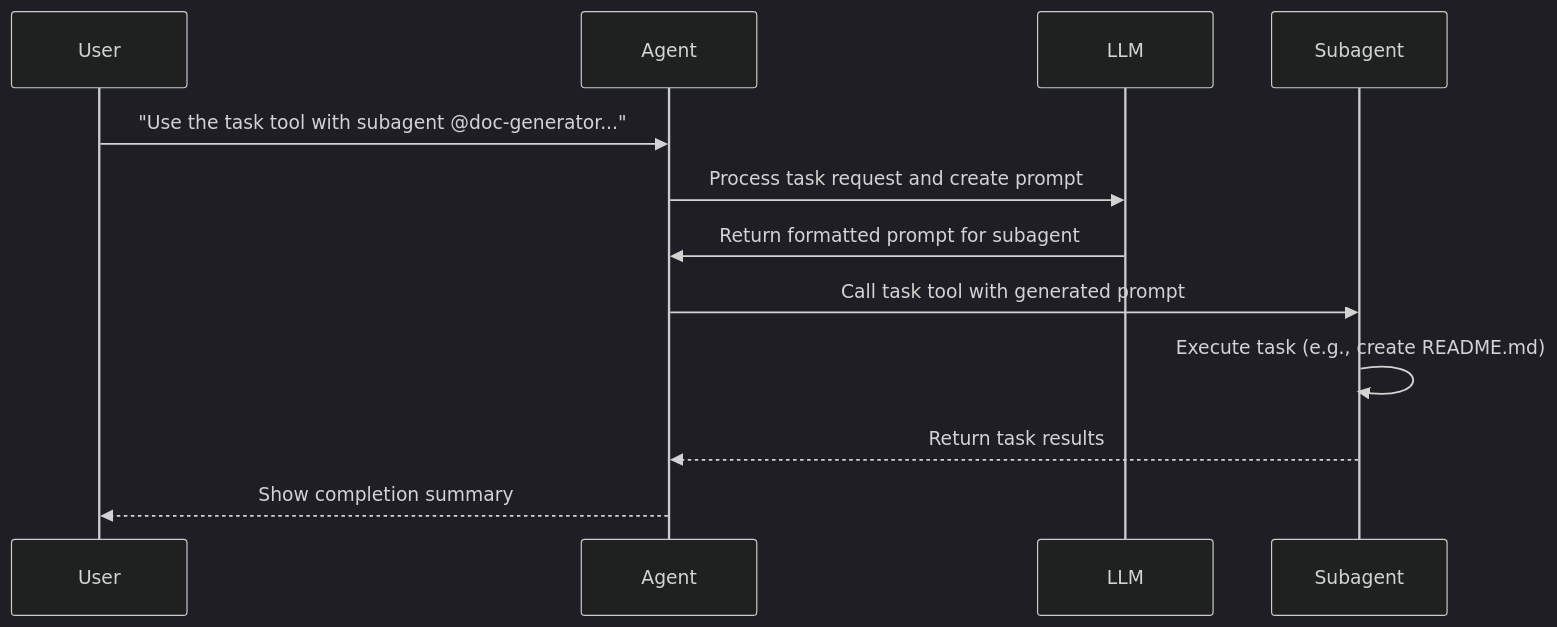
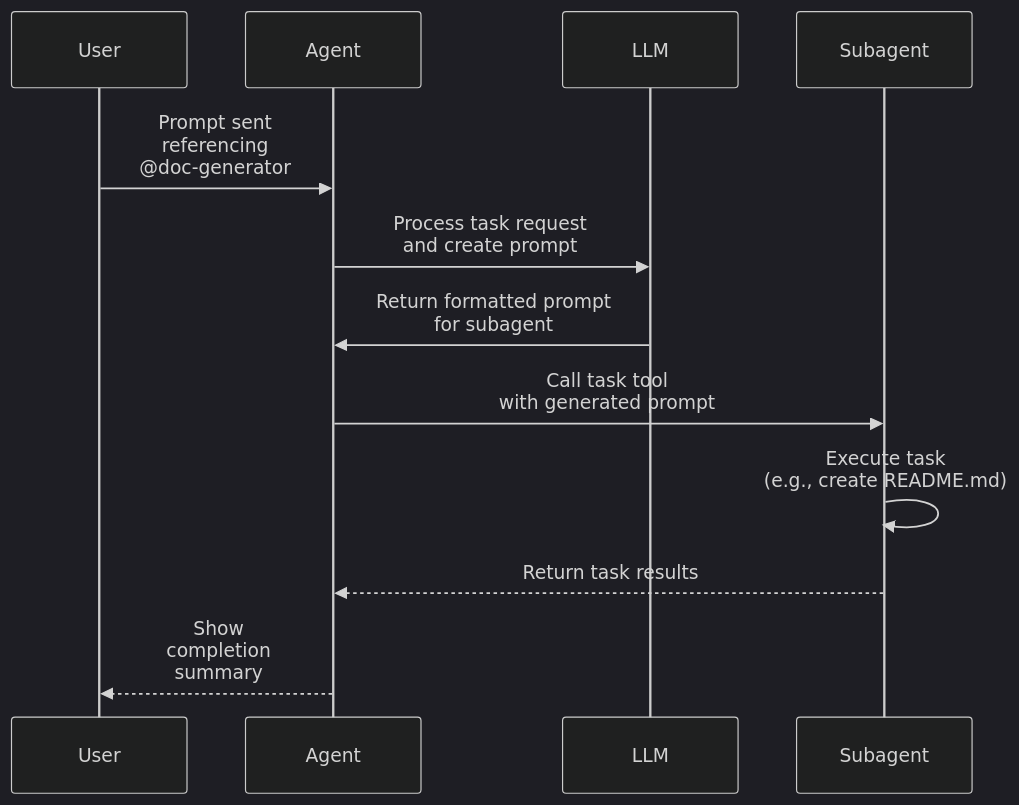
The diagram in content/posts/coding-with-opencode.md (catpaladin/catpaladin.github.io), drawn with Mermaid (dark theme) before and after one commit. The commit also changed other lines of this file and 15 other files, not shown here.

````diff
--- a/content/posts/coding-with-opencode.md
+++ b/content/posts/coding-with-opencode.md
@@ -796,15 +67,15 @@
 ```mermaid
 sequenceDiagram
     participant User
     participant Agent
     participant LLM
     participant Subagent
 
-    User->>Agent: "Use the task tool with subagent @doc-generator..."
-    Agent->>LLM: Process task request and create prompt
-    LLM->>Agent: Return formatted prompt for subagent
-    Agent->>Subagent: Call task tool with generated prompt
-    Subagent->>Subagent: Execute task (e.g., create README.md)
+    User->>Agent: Prompt sent<br>referencing<br>@doc-generator
+    Agent->>LLM: Process task request<br>and create prompt
+    LLM->>Agent: Return formatted prompt<br>for subagent
+    Agent->>Subagent: Call task tool<br>with generated prompt
+    Subagent->>Subagent: Execute task<br>(e.g., create README.md)
     Subagent-->>Agent: Return task results
-    Agent-->>User: Show completion summary
+    Agent-->>User: Show<br>completion<br>summary
 ```
````
